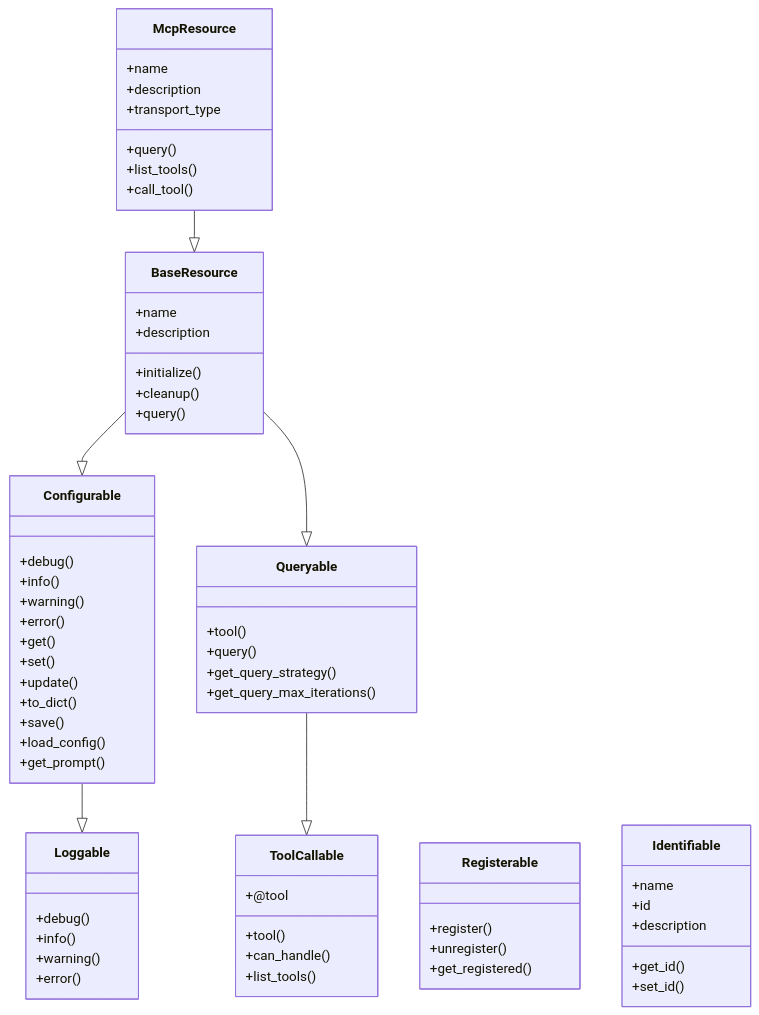
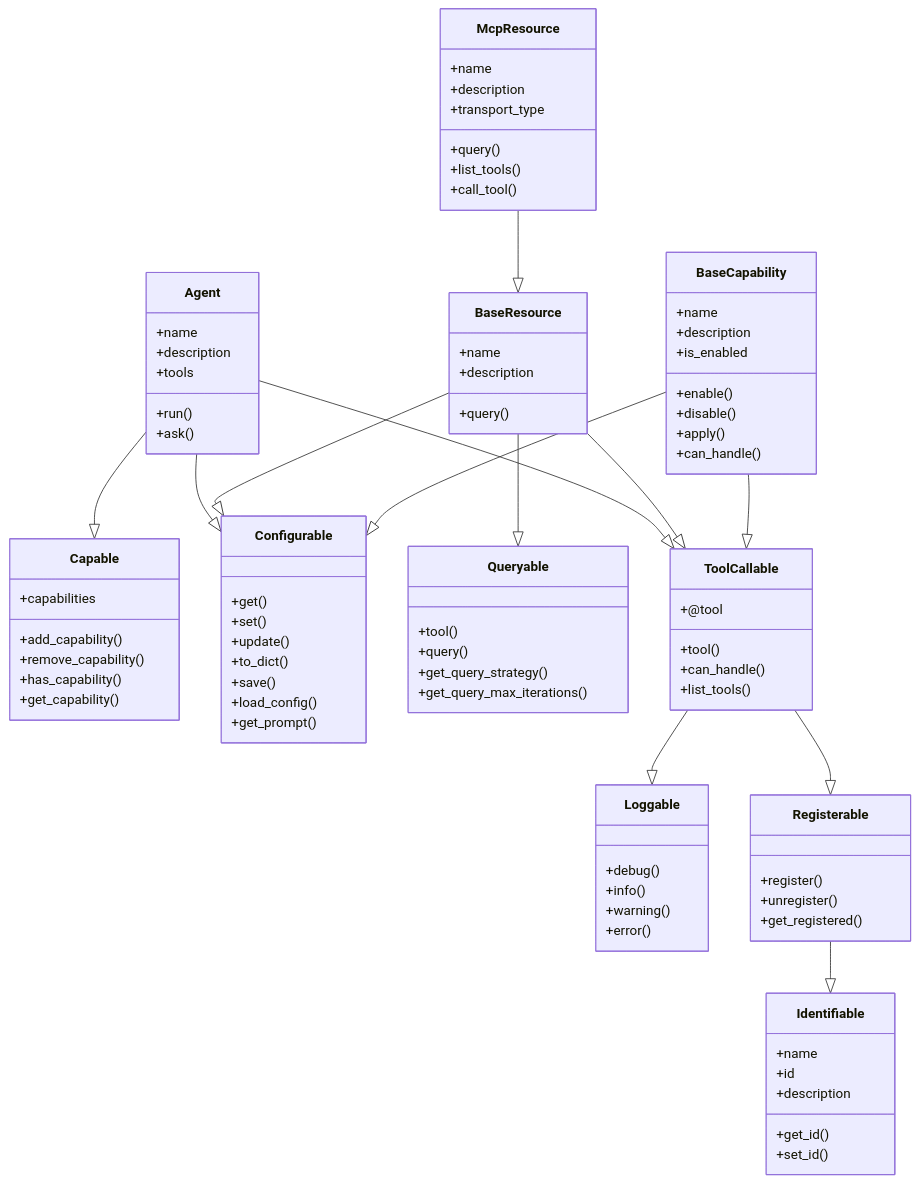
One commit to aitomatic/dana changed the diagram in opendxa/common/mixins/README.md. Above: the diagram before and after it, drawn with Mermaid. The commit also changed other lines of this file and 26 other files, not shown here.

First line of the commit message:
Refactor OpenDXA architecture and enhance documentation

````diff
--- a/opendxa/common/mixins/README.md
+++ b/opendxa/common/mixins/README.md
@@ -44,11 +47,48 @@
 ```mermaid
 classDiagram
     direction BT
+    class Agent {
+        +name
+        +description
+        +tools
+        +run()
+        +ask()
+    }
+
+    class BaseResource {
+        +name
+        +description
+        +query()
+    }
+
+    class McpResource {
+        +name
+        +description
+        +transport_type
+        +query()
+        +list_tools()
+        +call_tool()
+    }
+
+    class BaseCapability {
+        +name
+        +description
+        +is_enabled
+        +enable()
+        +disable()
+        +apply()
+        +can_handle()
+    }
+
+    class Capable {
+        +capabilities
+        +add_capability()
+        +remove_capability()
+        +has_capability()
+        +get_capability()
+    }
+
     class Configurable {
-        +debug()
-        +info()
-        +warning()
-        +error()
         +get()
         +set()
         +update()
@@ -93,26 +133,16 @@
         +set_id()
     }
 
-    class BaseResource {
-        +name
-        +description
-        +initialize()
-        +cleanup()
-        +query()
-    }
-
-    class McpResource {
-        +name
-        +description
-        +transport_type
-        +query()
-        +list_tools()
-        +call_tool()
-    }
-
-    Loggable <|-- Configurable
-    ToolCallable <|-- Queryable
+    Configurable <|-- Agent
+    ToolCallable <|-- Agent
+    Capable <|-- Agent
     Configurable <|-- BaseResource
     Queryable <|-- BaseResource
+    ToolCallable <|-- BaseResource
     BaseResource <|-- McpResource
+    ToolCallable <|-- BaseCapability
+    Configurable <|-- BaseCapability
+    Registerable <|-- ToolCallable
+    Loggable <|-- ToolCallable
+    Identifiable <|-- Registerable
 ```
````
